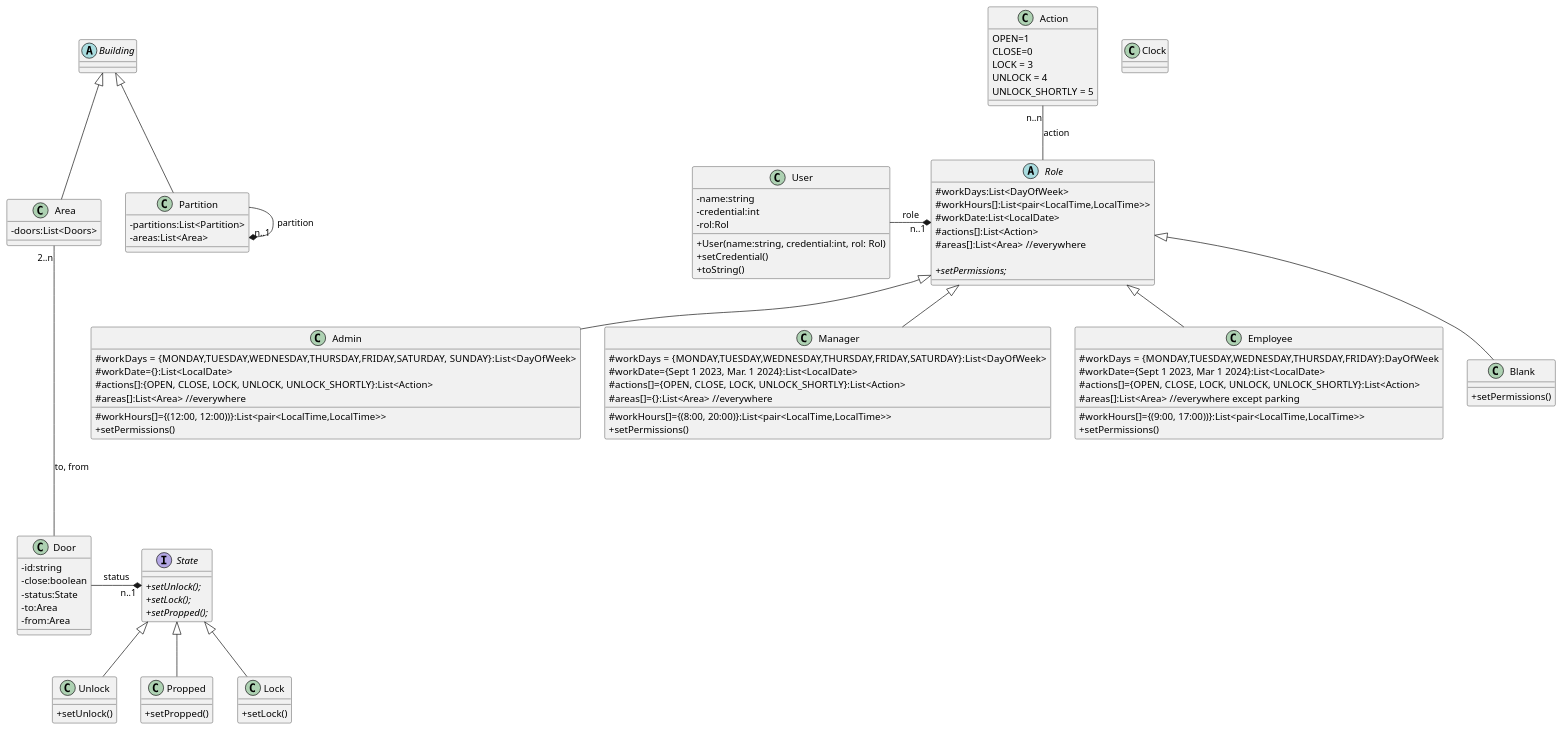
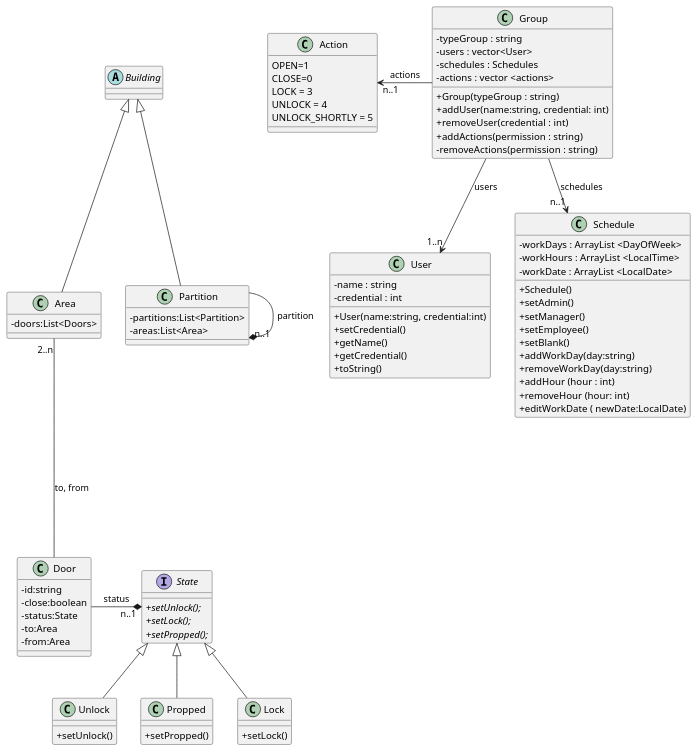
Before and after one commit to cuevc/PlabDs: the diagram in src/baseNoStates/uml/class.puml, drawn with PlantUML.

Commit message:
Users roles update. Only class diagram

```diff
--- a/src/baseNoStates/uml/class.puml
+++ b/src/baseNoStates/uml/class.puml
@@ -1,122 +1,110 @@
 @startuml
 skinparam classAttributeIconSize 0
 ' this is to use the standard notation for public, protected, private
 
 class User {
-- name:string
-- credential:int
-- rol:Rol
+- name : string
+- credential : int
 
-+ User(name:string, credential:int, rol: Rol)
++ User(name:string, credential:int)
 + setCredential()
++ getName()
++ getCredential()
 + toString()
 }
 
 
-abstract class Role{
-   #workDays:List<DayOfWeek>
-   #workHours[]:List<pair<LocalTime,LocalTime>>
-   #workDate:List<LocalDate>
-   #actions[]:List<Action>
-   #areas[]:List<Area> //everywhere
 
-   {abstract}+setPermissions;
+class Group{
+    - typeGroup : string
+    - users : vector<User>
+    - schedules : Schedules
+    - actions : vector <actions>
+   + Group(typeGroup : string)
+   + addUser(name:string, credential: int)
+   + removeUser(credential : int)
+   + addActions(permission : string)
+   - removeActions(permission : string)
+
+}
+Group -left-> "n..1" Action : actions
+Group -down-> "n..1" Schedule : schedules
+Group -down-> "1..n"  User: users
+
+
+class Schedule{
+    - workDays : ArrayList <DayOfWeek>
+    - workHours : ArrayList <LocalTime>
+    - workDate : ArrayList <LocalDate>
+
+    + Schedule()
+    + setAdmin()
+    + setManager()
+    + setEmployee()
+    + setBlank()
+    + addWorkDay(day:string)
+    + removeWorkDay(day:string)
+    + addHour (hour : int)
+    + removeHour (hour: int)
+    + editWorkDate ( newDate:LocalDate)
+
 }
 
-class Admin extends Role{
-   #workDays = {MONDAY,TUESDAY,WEDNESDAY,THURSDAY,FRIDAY,SATURDAY, SUNDAY}:List<DayOfWeek>
-   #workHours[]={(12:00, 12:00))}:List<pair<LocalTime,LocalTime>>
-   #workDate={}:List<LocalDate>
-   #actions[]:{OPEN, CLOSE, LOCK, UNLOCK, UNLOCK_SHORTLY}:List<Action>
-   #areas[]:List<Area> //everywhere
-
-   +setPermissions()
-}
-
-class Manager extends Role{
-    #workDays = {MONDAY,TUESDAY,WEDNESDAY,THURSDAY,FRIDAY,SATURDAY}:List<DayOfWeek>
-    #workHours[]={(8:00, 20:00)}:List<pair<LocalTime,LocalTime>>
-    #workDate={Sept 1 2023, Mar. 1 2024}:List<LocalDate>
-    #actions[]={OPEN, CLOSE, LOCK, UNLOCK_SHORTLY}:List<Action>
-    #areas[]={}:List<Area> //everywhere
-
-    +setPermissions()
-}
-
-class Employee extends Role{
-    #workDays = {MONDAY,TUESDAY,WEDNESDAY,THURSDAY,FRIDAY}:DayOfWeek
-    #workHours[]={(9:00, 17:00))}:List<pair<LocalTime,LocalTime>>
-    #workDate={Sept 1 2023, Mar 1 2024}:List<LocalDate>
-    #actions[]={OPEN, CLOSE, LOCK, UNLOCK, UNLOCK_SHORTLY}:List<Action>
-    #areas[]:List<Area> //everywhere except parking
-
-    +setPermissions()
-}
-
-class Blank extends Role{
-    +setPermissions()
-}
-
-class Action{
-    OPEN=1
-    CLOSE=0
-    LOCK = 3
-    UNLOCK = 4
-    UNLOCK_SHORTLY = 5
-}
 
 class Door{
     -id:string
     -close:boolean
     -status:State
     -to:Area
     -from:Area
 }
 
 Interface State{
     {abstract}+setUnlock();
     {abstract}+setLock();
     {abstract}+setPropped();
 }
 
 class Unlock extends State{
     +setUnlock()
 }
 
 class Propped extends State{
     +setPropped()
 }
 
 class Lock extends State{
     +setLock()
 }
 
 class Area Extends Building{
     -doors:List<Doors>
 }
 
 class Partition extends Building{
     -partitions:List<Partition>
     -areas:List<Area>
 }
 
 abstract class Building{
 
-
 }
 
-class Clock{
+class Action{
+    OPEN=1
+    CLOSE=0
+    LOCK = 3
+    UNLOCK = 4
+    UNLOCK_SHORTLY = 5
 }
 
-User --right*"n..1" Role : role
 
 
-Role -up- "n..n" Action : action
 Door -right-*"n..1" State : status
 Door --up--"2..n" Area: to, from
 Partition --right*"n..1" Partition : partition
 
 
 
 
 @enduml
```
